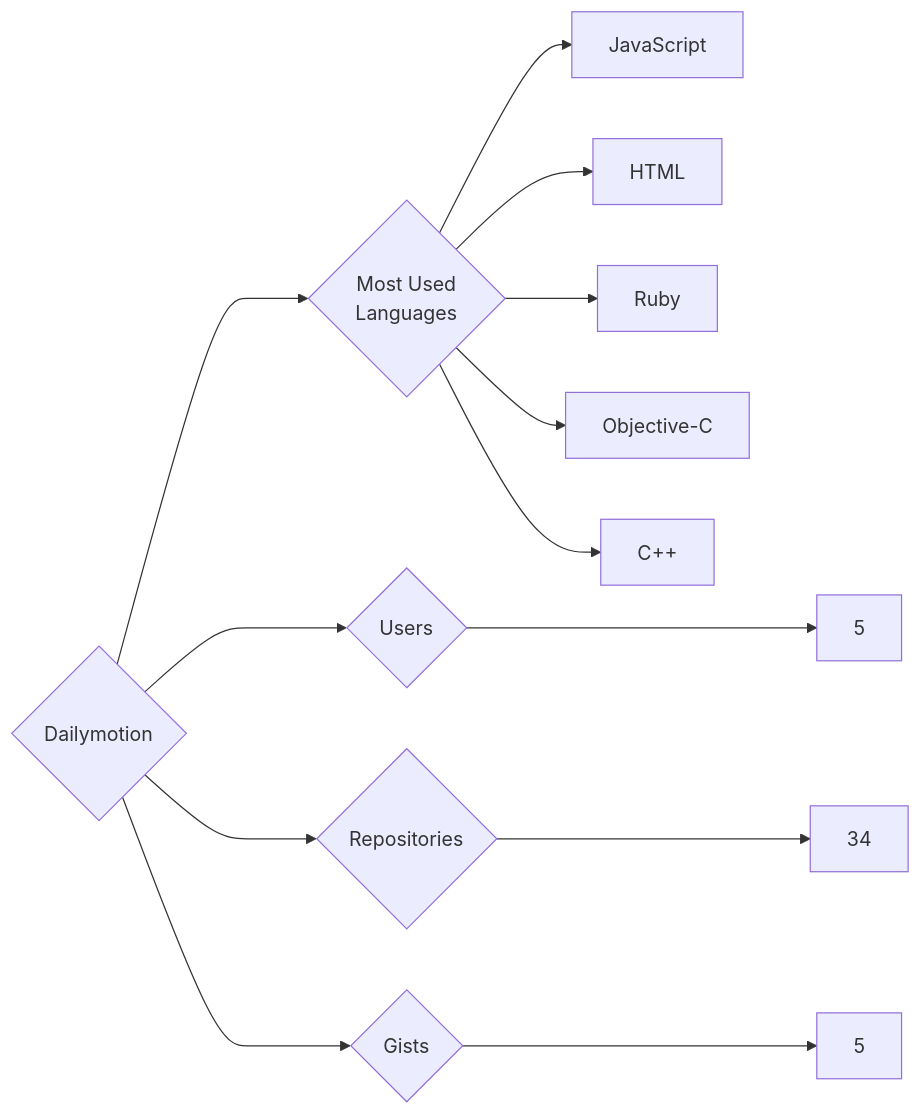
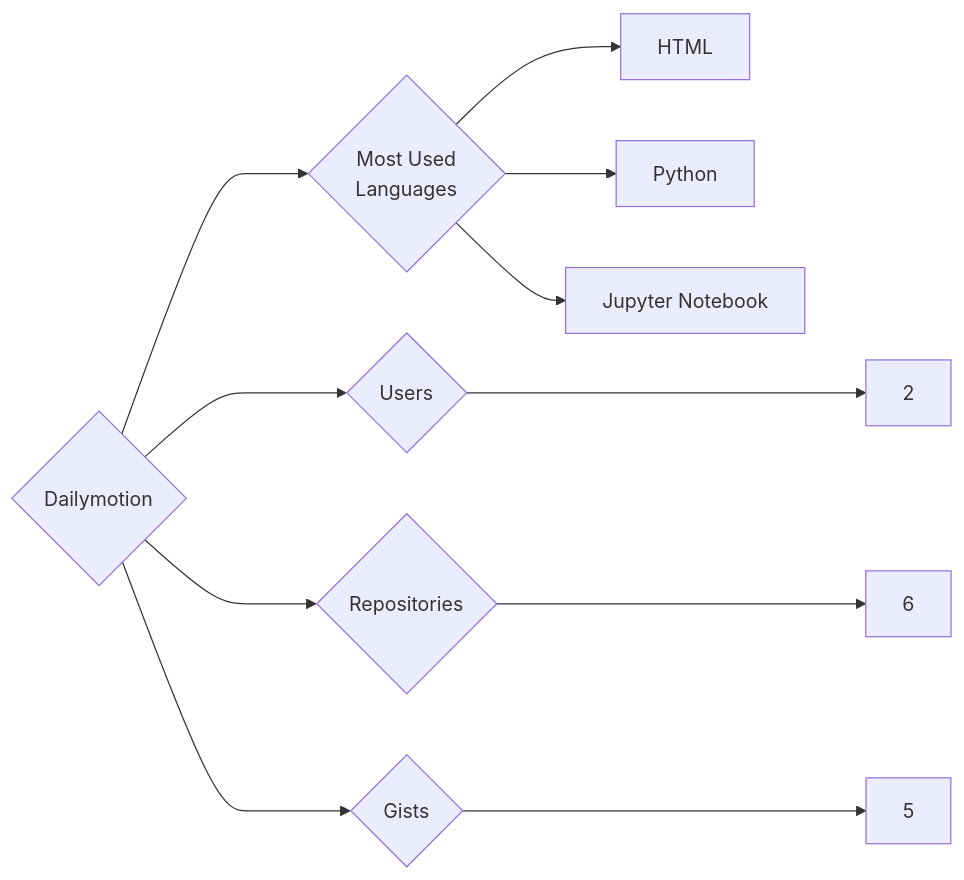
Before and after one commit to trickest/insiders: the diagram in targets/Dailymotion/README.md, drawn with Mermaid. The commit also changed 933 other files, not shown here.

````diff
--- a/targets/Dailymotion/README.md
+++ b/targets/Dailymotion/README.md
@@ -3,13 +3,11 @@
 ```mermaid
 graph LR
 COMPANY_NAME{Dailymotion}
-COMPANY_NAME ---> U{Users} ---> UN[5]
-COMPANY_NAME ---> R{Repositories} ---> RN[34]
+COMPANY_NAME ---> U{Users} ---> UN[2]
+COMPANY_NAME ---> R{Repositories} ---> RN[6]
 COMPANY_NAME ---> G{Gists} ---> GN[5]
 COMPANY_NAME ---> ML{Most Used<br>Languages}
-ML --> JavaScript[JavaScript]
 ML --> HTML[HTML]
-ML --> Ruby[Ruby]
-ML --> Objective-C[Objective-C]
-ML --> C++[C++]
+ML --> Python[Python]
+ML --> Jupyter_Notebook[Jupyter Notebook]
 ```
````
